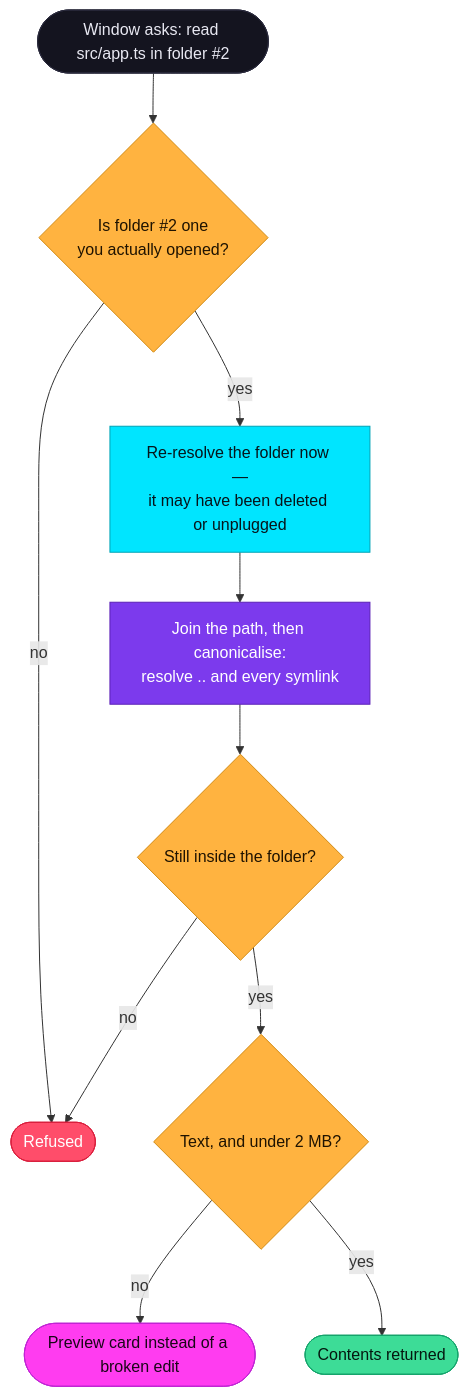
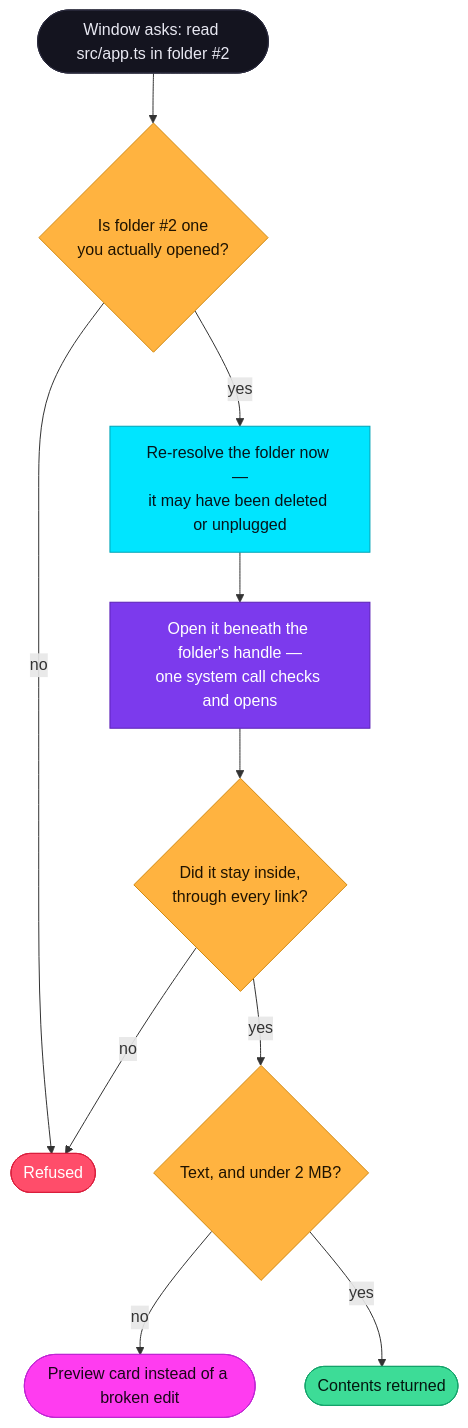
The third of 4 diagrams in docs/workspaces-and-editor.md (kartikeyajay2006/jky-terminal), drawn with Mermaid before and after one commit. The commit also changed other lines of this file and 14 other files, not shown here.

````diff
--- a/docs/workspaces-and-editor.md
+++ b/docs/workspaces-and-editor.md
@@ -147,20 +147,20 @@
 ```mermaid
 flowchart TD
     Q([Window asks: read src/app.ts in folder #2]):::ink --> A{Is folder #2 one<br/>you actually opened?}:::amber
     A -- no --> X([Refused]):::red
     A -- yes --> B[Re-resolve the folder now —<br/>it may have been deleted or unplugged]:::cyan
-    B --> C[Join the path, then canonicalise:<br/>resolve .. and every symlink]:::violet
-    C --> D{Still inside the folder?}:::amber
+    B --> C[Open it beneath the folder's handle —<br/>one system call checks and opens]:::violet
+    C --> D{Did it stay inside,<br/>through every link?}:::amber
     D -- no --> X
     D -- yes --> E{Text, and under 2 MB?}:::amber
     E -- no --> P([Preview card instead of a broken edit]):::magenta
     E -- yes --> OK([Contents returned]):::mint
 
     classDef ink fill:#14141f,stroke:#2a2a3c,color:#e8e8f2
     classDef cyan fill:#00e5ff,stroke:#00a3b5,color:#06141a
     classDef amber fill:#ffb340,stroke:#d18a12,color:#1f1300
     classDef violet fill:#7c3aed,stroke:#5b21b6,color:#ffffff
     classDef mint fill:#3ddc97,stroke:#15a36b,color:#04170f
     classDef magenta fill:#ff3cf0,stroke:#c026d3,color:#1a0618
     classDef red fill:#ff4d6a,stroke:#d91f3d,color:#ffffff
 ```
````
